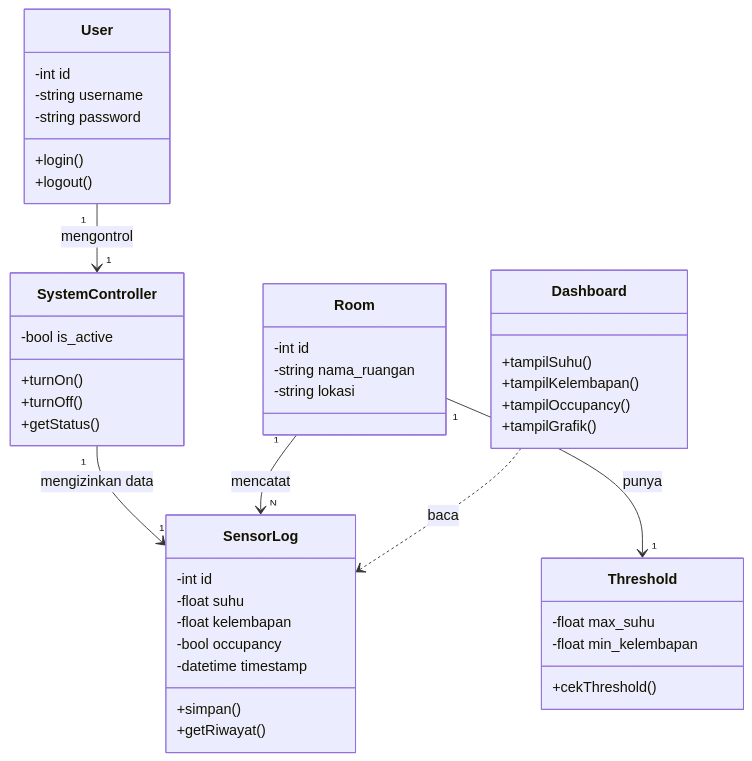
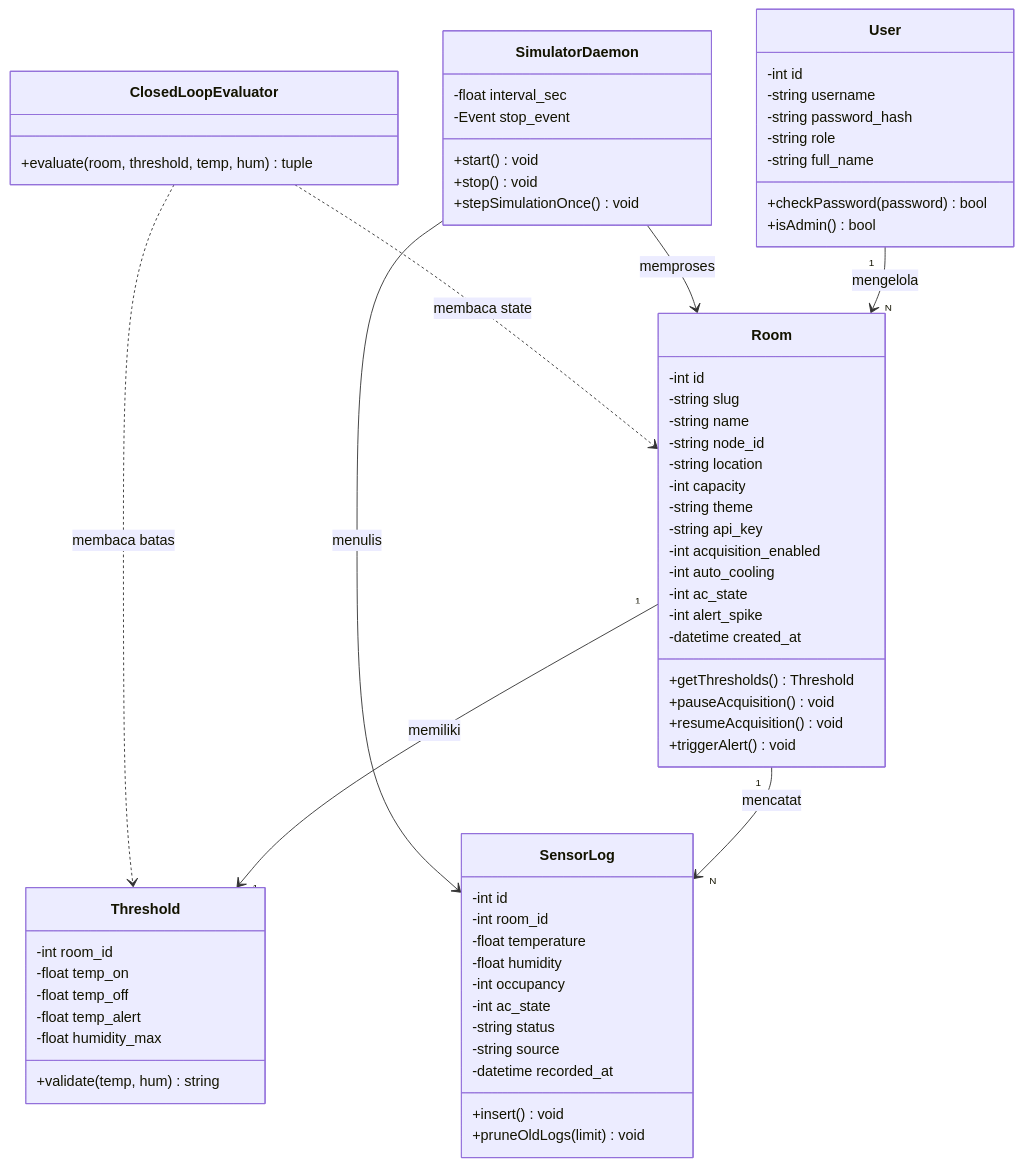
One commit to RPLUNIT052026/kelompok4-digitaltwin changed the fifth of 6 diagrams in sprint-2/System_Modeling/01-analisis-sistem.md. Above: the diagram before and after it, drawn with Mermaid. The commit also changed other lines of this file, not shown here.

First line of the commit message:
Revise system analysis documentation for Digital Twin

````diff
--- a/sprint-2/System_Modeling/01-analisis-sistem.md
+++ b/sprint-2/System_Modeling/01-analisis-sistem.md
@@ -112,52 +218,75 @@
 ```mermaid
 classDiagram
     class User {
         -int id
         -string username
-        -string password
-        +login()
-        +logout()
+        -string password_hash
+        -string role
+        -string full_name
+        +checkPassword(password) bool
+        +isAdmin() bool
     }
-    
-    class SystemController {
-        -bool is_active
-        +turnOn()
-        +turnOff()
-        +getStatus()
-    }
-    
+
     class Room {
         -int id
-        -string nama_ruangan
-        -string lokasi
+        -string slug
+        -string name
+        -string node_id
+        -string location
+        -int capacity
+        -string theme
+        -string api_key
+        -int acquisition_enabled
+        -int auto_cooling
+        -int ac_state
+        -int alert_spike
+        -datetime created_at
+        +getThresholds() Threshold
+        +pauseAcquisition() void
+        +resumeAcquisition() void
+        +triggerAlert() void
     }
-    
+
     class Threshold {
-        -float max_suhu
-        -float min_kelembapan
-        +cekThreshold()
+        -int room_id
+        -float temp_on
+        -float temp_off
+        -float temp_alert
+        -float humidity_max
+        +validate(temp, hum) string
     }
-    
+
     class SensorLog {
         -int id
-        -float suhu
-        -float kelembapan
-        -bool occupancy
-        -datetime timestamp
-        +simpan()
-        +getRiwayat()
+        -int room_id
+        -float temperature
+        -float humidity
+        -int occupancy
+        -int ac_state
+        -string status
+        -string source
+        -datetime recorded_at
+        +insert() void
+        +pruneOldLogs(limit) void
     }
-    
-    class Dashboard {
-        +tampilSuhu()
-        +tampilKelembapan()
-        +tampilOccupancy()
-        +tampilGrafik()
+
+    class SimulatorDaemon {
+        -float interval_sec
+        -Event stop_event
+        +start() void
+        +stop() void
+        +stepSimulationOnce() void
     }
-    
-    User "1" --> "1" SystemController : mengontrol
-    SystemController "1" --> "1" SensorLog : mengizinkan data
-    Room "1" --> "1" Threshold : punya
+
+    class ClosedLoopEvaluator {
+        +evaluate(room, threshold, temp, hum) tuple
+    }
+
+    Room "1" --> "1" Threshold : memiliki
     Room "1" --> "N" SensorLog : mencatat
-    Dashboard ..> SensorLog : baca
+    User "1" --> "N" Room : mengelola
+    SimulatorDaemon --> Room : memproses
+    SimulatorDaemon --> SensorLog : menulis
+    ClosedLoopEvaluator ..> Room : membaca state
+    ClosedLoopEvaluator ..> Threshold : membaca batas
 ```
````
